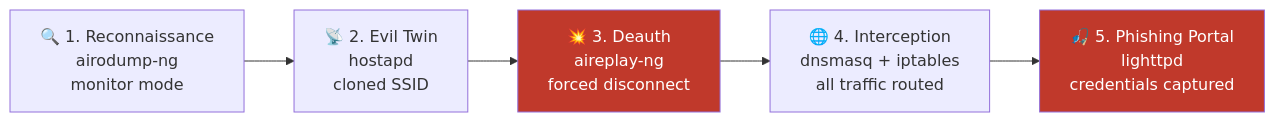
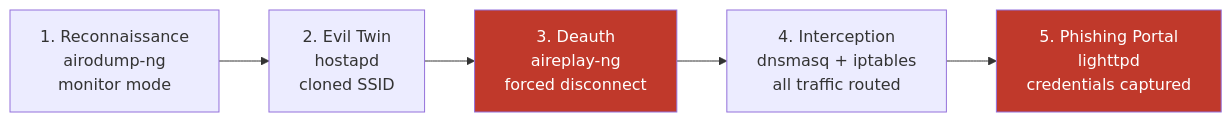
The diagram in README.md (NovaCode37/eviltwin), drawn with Mermaid before and after one commit.

Commit message:
Update attack chain flowchart labels in README

````diff
--- a/README.md
+++ b/README.md
@@ -68,11 +68,11 @@
 ```mermaid
 flowchart LR
-    A["🔍 1. Reconnaissance\nairodump-ng\nmonitor mode"]
-    B["📡 2. Evil Twin\nhostapd\ncloned SSID"]
-    C["💥 3. Deauth\naireplay-ng\nforced disconnect"]
-    D["🌐 4. Interception\ndnsmasq + iptables\nall traffic routed"]
-    E["🎣 5. Phishing Portal\nlighttpd\ncredentials captured"]
+    A["1. Reconnaissance\nairodump-ng\nmonitor mode"]
+    B["2. Evil Twin\nhostapd\ncloned SSID"]
+    C["3. Deauth\naireplay-ng\nforced disconnect"]
+    D["4. Interception\ndnsmasq + iptables\nall traffic routed"]
+    E["5. Phishing Portal\nlighttpd\ncredentials captured"]
     A --> B --> C --> D --> E
     style C fill:#c0392b,color:#fff
     style E fill:#c0392b,color:#fff
 ```
````
